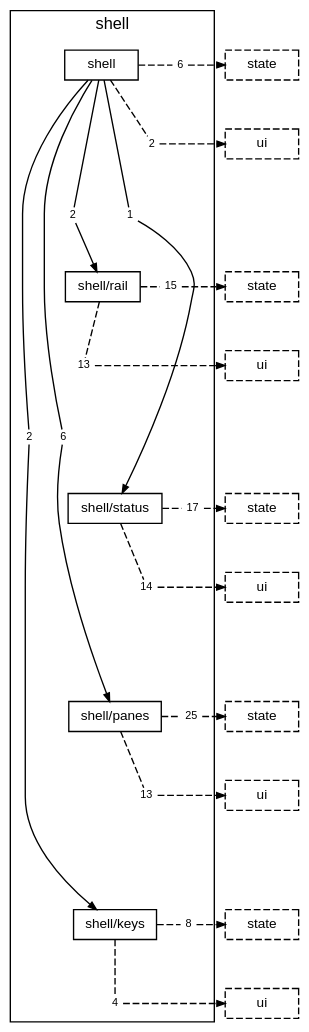
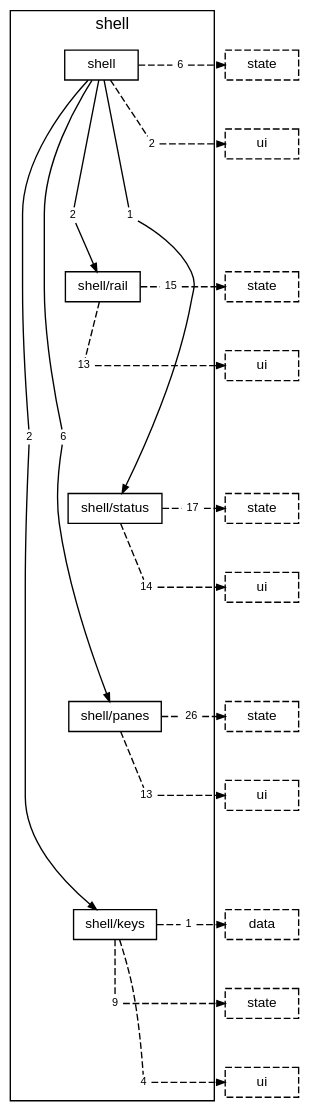
Before and after one commit to TheAxeC/oculus: the diagram in docs/diagrams/layer-shell.dot, drawn with Graphviz. The commit also changed 93 other files, not shown here.

```diff
--- a/docs/diagrams/layer-shell.dot
+++ b/docs/diagrams/layer-shell.dot
@@ -1,79 +1,84 @@
 digraph layer_shell {
     graph [bgcolor="transparent", rankdir=TB, newrank=true, fontname="Helvetica,Arial,sans-serif", fontsize=12, nodesep=0.2, ranksep=0.5];
     node [shape=box, color="black", fontcolor="black", fontname="Helvetica,Arial,sans-serif", fontsize=10, height=0.3, margin="0.12,0.04"];
     edge [color="black", fontcolor="black", fontname="Helvetica,Arial,sans-serif", fontsize=8, arrowsize=0.6];
     subgraph "cluster_shell" {
         label="shell"; style=solid;
         "folder shell" [label="shell"];
         "folder shell/rail" [label="shell/rail"];
         "folder shell/status" [label="shell/status"];
         "folder shell/panes" [label="shell/panes"];
         "folder shell/keys" [label="shell/keys"];
         "folder shell to folder shell/keys" [label="2", shape=box, color="transparent", fontsize=8, width=0, height=0, margin="0.04,0.02"];
         "folder shell to folder shell/panes" [label="6", shape=box, color="transparent", fontsize=8, width=0, height=0, margin="0.04,0.02"];
         "folder shell to folder shell/rail" [label="2", shape=box, color="transparent", fontsize=8, width=0, height=0, margin="0.04,0.02"];
         "folder shell to folder shell/status" [label="1", shape=box, color="transparent", fontsize=8, width=0, height=0, margin="0.04,0.02"];
         "folder shell to layer state" [label="6", shape=box, color="transparent", fontsize=8, width=0, height=0, margin="0.04,0.02"];
         "folder shell to layer ui" [label="2", shape=box, color="transparent", fontsize=8, width=0, height=0, margin="0.04,0.02"];
         "folder shell/rail to layer state" [label="15", shape=box, color="transparent", fontsize=8, width=0, height=0, margin="0.04,0.02"];
         "folder shell/rail to layer ui" [label="13", shape=box, color="transparent", fontsize=8, width=0, height=0, margin="0.04,0.02"];
         "folder shell/status to layer state" [label="17", shape=box, color="transparent", fontsize=8, width=0, height=0, margin="0.04,0.02"];
         "folder shell/status to layer ui" [label="14", shape=box, color="transparent", fontsize=8, width=0, height=0, margin="0.04,0.02"];
-        "folder shell/panes to layer state" [label="25", shape=box, color="transparent", fontsize=8, width=0, height=0, margin="0.04,0.02"];
+        "folder shell/panes to layer state" [label="26", shape=box, color="transparent", fontsize=8, width=0, height=0, margin="0.04,0.02"];
         "folder shell/panes to layer ui" [label="13", shape=box, color="transparent", fontsize=8, width=0, height=0, margin="0.04,0.02"];
-        "folder shell/keys to layer state" [label="8", shape=box, color="transparent", fontsize=8, width=0, height=0, margin="0.04,0.02"];
+        "folder shell/keys to layer data" [label="1", shape=box, color="transparent", fontsize=8, width=0, height=0, margin="0.04,0.02"];
+        "folder shell/keys to layer state" [label="9", shape=box, color="transparent", fontsize=8, width=0, height=0, margin="0.04,0.02"];
         "folder shell/keys to layer ui" [label="4", shape=box, color="transparent", fontsize=8, width=0, height=0, margin="0.04,0.02"];
     }
     "layer state from folder shell" [label="state", style=dashed];
     "layer ui from folder shell" [label="ui", style=dashed];
     "layer state from folder shell/rail" [label="state", style=dashed];
     "layer ui from folder shell/rail" [label="ui", style=dashed];
     "layer state from folder shell/status" [label="state", style=dashed];
     "layer ui from folder shell/status" [label="ui", style=dashed];
     "layer state from folder shell/panes" [label="state", style=dashed];
     "layer ui from folder shell/panes" [label="ui", style=dashed];
+    "layer data from folder shell/keys" [label="data", style=dashed];
     "layer state from folder shell/keys" [label="state", style=dashed];
     "layer ui from folder shell/keys" [label="ui", style=dashed];
     "folder shell" -> "folder shell/rail" [style=invis, weight=10, minlen=3];
     "folder shell/rail" -> "folder shell/status" [style=invis, weight=10, minlen=3];
     "folder shell/status" -> "folder shell/panes" [style=invis, weight=10, minlen=3];
     "folder shell/panes" -> "folder shell/keys" [style=invis, weight=10, minlen=3];
     "folder shell" -> "folder shell to folder shell/keys" [arrowhead=none, minlen=5, weight=10];
     "folder shell to folder shell/keys" -> "folder shell/keys" [];
     "folder shell" -> "folder shell to folder shell/panes" [arrowhead=none, minlen=5, weight=10];
     "folder shell to folder shell/panes" -> "folder shell/panes" [];
     "folder shell" -> "folder shell to folder shell/rail" [arrowhead=none, minlen=2, weight=10];
     "folder shell to folder shell/rail" -> "folder shell/rail" [];
     "folder shell" -> "folder shell to folder shell/status" [arrowhead=none, minlen=2, weight=10];
     "folder shell to folder shell/status" -> "folder shell/status" [];
     "folder shell" -> "folder shell to layer state" [arrowhead=none, style=dashed];
     "folder shell to layer state" -> "layer state from folder shell" [style=dashed];
     { rank=same; "folder shell"; "folder shell to layer state"; "layer state from folder shell"; }
     "folder shell" -> "folder shell to layer ui" [arrowhead=none, style=dashed, minlen=1, weight=10];
     "folder shell to layer ui" -> "layer ui from folder shell" [style=dashed];
     { rank=same; "folder shell to layer ui"; "layer ui from folder shell"; }
     "folder shell/rail" -> "folder shell/rail to layer state" [arrowhead=none, style=dashed];
     "folder shell/rail to layer state" -> "layer state from folder shell/rail" [style=dashed];
     { rank=same; "folder shell/rail"; "folder shell/rail to layer state"; "layer state from folder shell/rail"; }
     "folder shell/rail" -> "folder shell/rail to layer ui" [arrowhead=none, style=dashed, minlen=1, weight=10];
     "folder shell/rail to layer ui" -> "layer ui from folder shell/rail" [style=dashed];
     { rank=same; "folder shell/rail to layer ui"; "layer ui from folder shell/rail"; }
     "folder shell/status" -> "folder shell/status to layer state" [arrowhead=none, style=dashed];
     "folder shell/status to layer state" -> "layer state from folder shell/status" [style=dashed];
     { rank=same; "folder shell/status"; "folder shell/status to layer state"; "layer state from folder shell/status"; }
     "folder shell/status" -> "folder shell/status to layer ui" [arrowhead=none, style=dashed, minlen=1, weight=10];
     "folder shell/status to layer ui" -> "layer ui from folder shell/status" [style=dashed];
     { rank=same; "folder shell/status to layer ui"; "layer ui from folder shell/status"; }
     "folder shell/panes" -> "folder shell/panes to layer state" [arrowhead=none, style=dashed];
     "folder shell/panes to layer state" -> "layer state from folder shell/panes" [style=dashed];
     { rank=same; "folder shell/panes"; "folder shell/panes to layer state"; "layer state from folder shell/panes"; }
     "folder shell/panes" -> "folder shell/panes to layer ui" [arrowhead=none, style=dashed, minlen=1, weight=10];
     "folder shell/panes to layer ui" -> "layer ui from folder shell/panes" [style=dashed];
     { rank=same; "folder shell/panes to layer ui"; "layer ui from folder shell/panes"; }
-    "folder shell/keys" -> "folder shell/keys to layer state" [arrowhead=none, style=dashed];
+    "folder shell/keys" -> "folder shell/keys to layer data" [arrowhead=none, style=dashed];
+    "folder shell/keys to layer data" -> "layer data from folder shell/keys" [style=dashed];
+    { rank=same; "folder shell/keys"; "folder shell/keys to layer data"; "layer data from folder shell/keys"; }
+    "folder shell/keys" -> "folder shell/keys to layer state" [arrowhead=none, style=dashed, minlen=1, weight=10];
     "folder shell/keys to layer state" -> "layer state from folder shell/keys" [style=dashed];
-    { rank=same; "folder shell/keys"; "folder shell/keys to layer state"; "layer state from folder shell/keys"; }
-    "folder shell/keys" -> "folder shell/keys to layer ui" [arrowhead=none, style=dashed, minlen=1, weight=10];
+    { rank=same; "folder shell/keys to layer state"; "layer state from folder shell/keys"; }
+    "folder shell/keys" -> "folder shell/keys to layer ui" [arrowhead=none, style=dashed, minlen=2, weight=10];
     "folder shell/keys to layer ui" -> "layer ui from folder shell/keys" [style=dashed];
     { rank=same; "folder shell/keys to layer ui"; "layer ui from folder shell/keys"; }
 }
```
